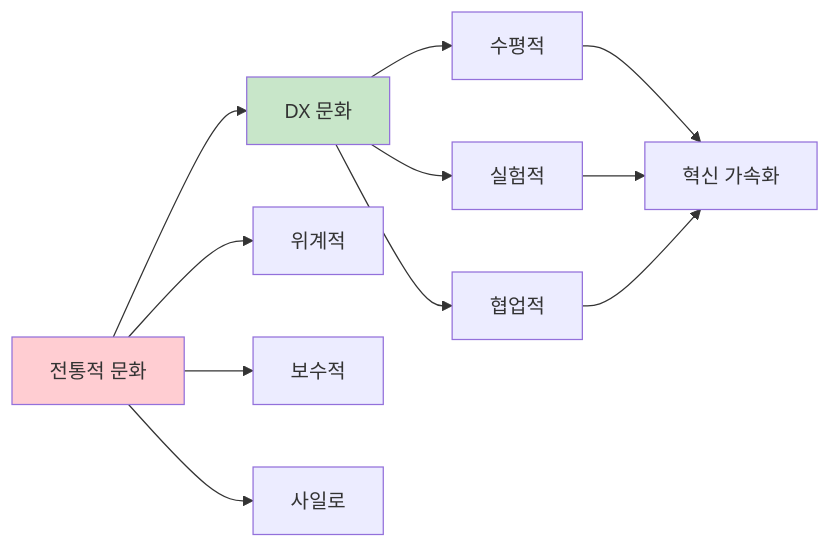
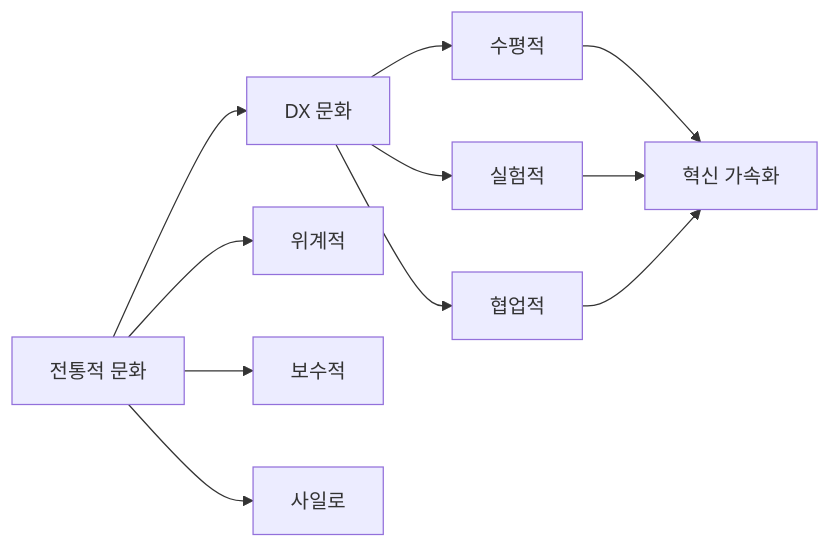
The eighth of 23 diagrams in _md/genai-notion/chapter06/06-3.md (nugurejeil/weniVooks), drawn with Mermaid before and after one commit. The commit also changed other lines of this file and 187 other files, not shown here.

````diff
--- a/_md/genai-notion/chapter06/06-3.md
+++ b/_md/genai-notion/chapter06/06-3.md
@@ -245,19 +232,16 @@
 ```mermaid
 graph LR
     A[전통적 문화] --> B[DX 문화]
 
     A --> A1[위계적]
     A --> A2[보수적]
     A --> A3[사일로]
 
     B --> B1[수평적]
     B --> B2[실험적]
     B --> B3[협업적]
 
     B1 --> C[혁신 가속화]
     B2 --> C
     B3 --> C
-
-    style A fill:#FFCDD2
-    style B fill:#C8E6C9
 ```
````
